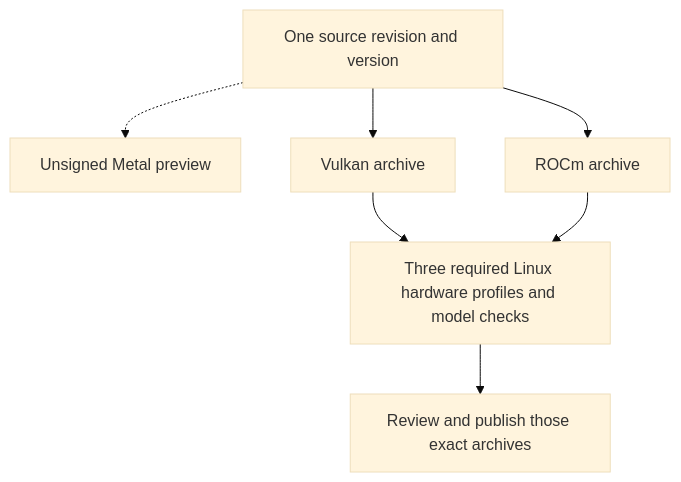
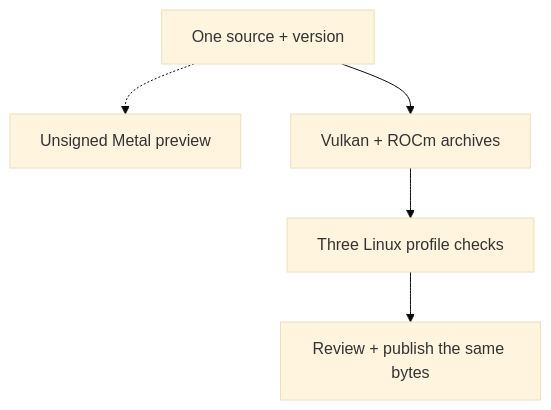
Before and after one commit to zolotukhin/zinc: the diagram in site/src/content/posts/2026-10-31-zinc-0-1-0-and-the-refrigerator-that-changed-our-tests.md, drawn with Mermaid (base theme). The commit also changed 2 other files, not shown here.

Commit message:
Block benchmark contention and keep the release flow readable on mobile

````diff
--- a/site/src/content/posts/2026-10-31-zinc-0-1-0-and-the-refrigerator-that-changed-our-tests.md
+++ b/site/src/content/posts/2026-10-31-zinc-0-1-0-and-the-refrigerator-that-changed-our-tests.md
@@ -108,9 +108,7 @@
 ```mermaid
 flowchart TD
-    S["One source revision and version"] -.-> M["Unsigned Metal preview"]
-    S --> V["Vulkan archive"]
-    S --> R["ROCm archive"]
-    V --> Q["Three required Linux hardware profiles and model checks"]
-    R --> Q
-    Q --> P["Review and publish those exact archives"]
+    S["One source + version"] -.-> M["Unsigned Metal preview"]
+    S --> L["Vulkan + ROCm archives"]
+    L --> Q["Three Linux profile checks"]
+    Q --> P["Review + publish the same bytes"]
 ```
````
